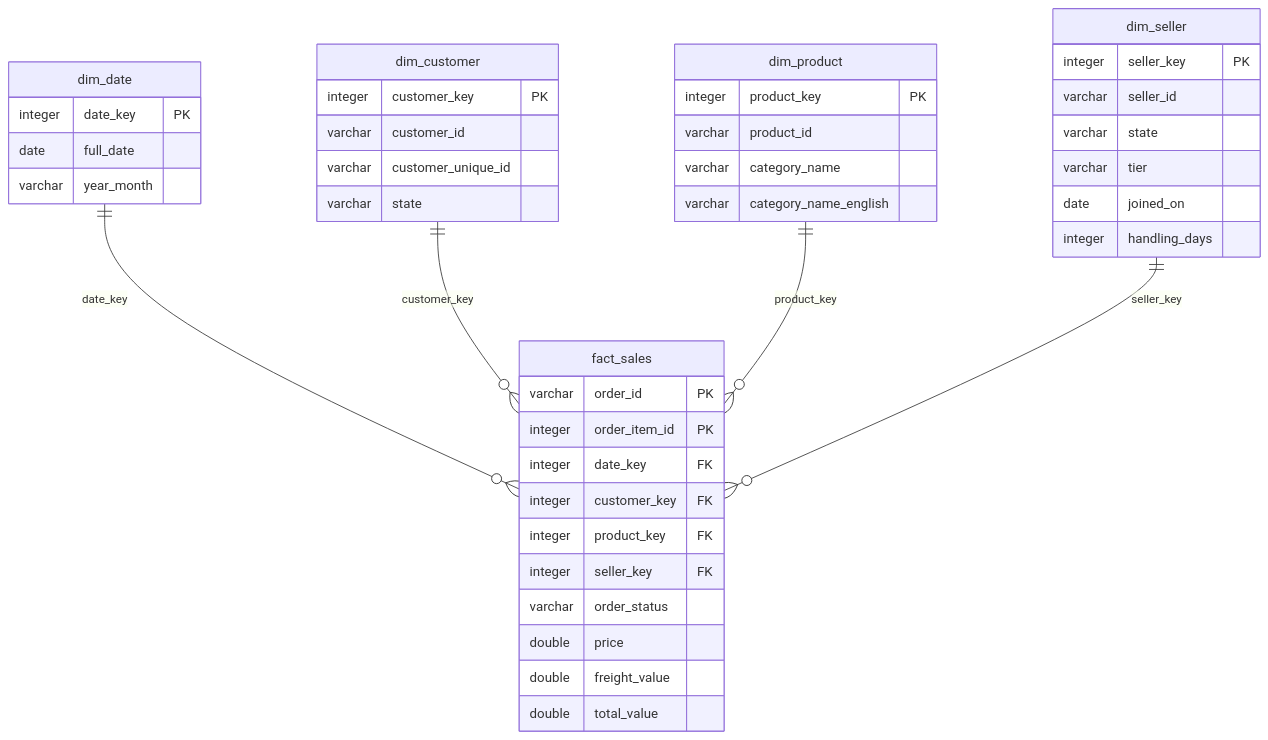
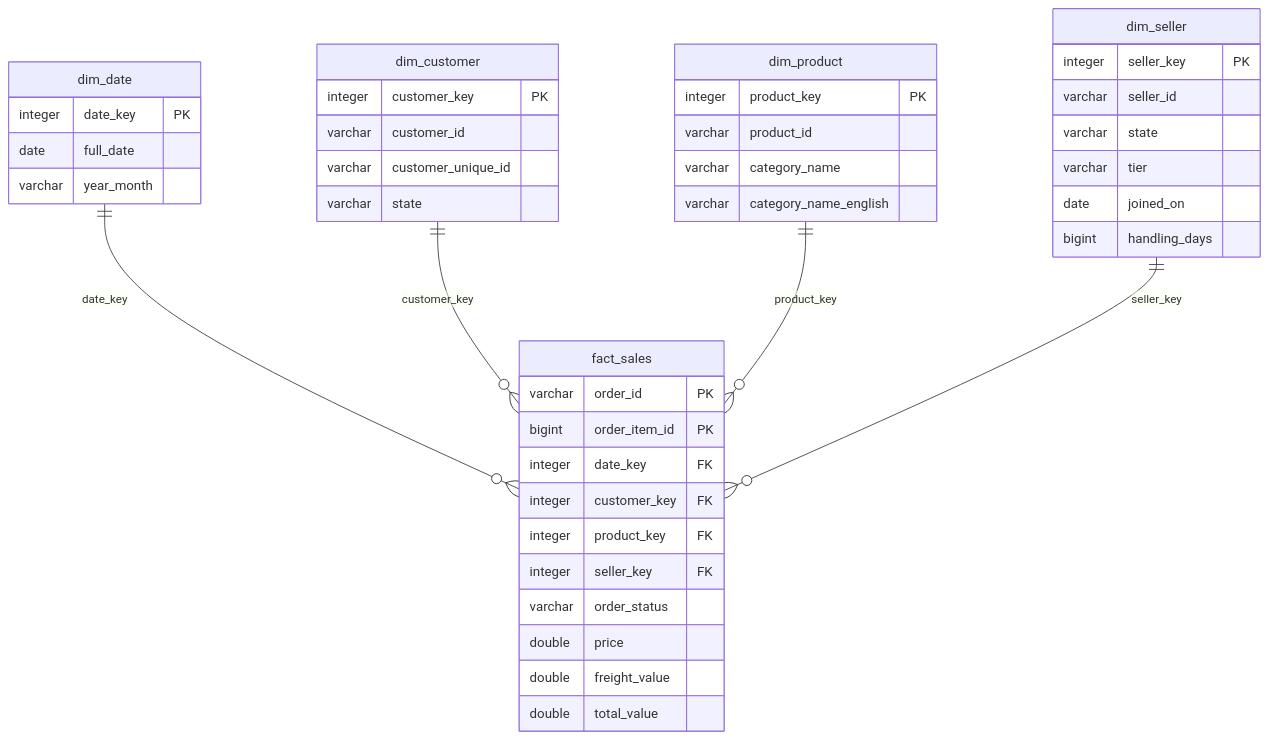
One commit to HenriqueBelloli/UPB_ED changed the diagram in README.md. Above: the diagram before and after it, drawn with Mermaid. The commit also changed other lines of this file and 3 other files, not shown here.

First line of the commit message:
feat: implementa o star schema no build_model.sql

````diff
--- a/README.md
+++ b/README.md
@@ -189,45 +197,45 @@
 ```mermaid
 erDiagram
     dim_date     ||--o{ fact_sales : "date_key"
     dim_customer ||--o{ fact_sales : "customer_key"
     dim_product  ||--o{ fact_sales : "product_key"
     dim_seller   ||--o{ fact_sales : "seller_key"
 
     fact_sales {
         varchar order_id PK
-        integer order_item_id PK
+        bigint order_item_id PK
         integer date_key FK
         integer customer_key FK
         integer product_key FK
         integer seller_key FK
         varchar order_status
         double price
         double freight_value
         double total_value
     }
     dim_date {
         integer date_key PK
         date full_date
         varchar year_month
     }
     dim_customer {
         integer customer_key PK
         varchar customer_id
         varchar customer_unique_id
         varchar state
     }
     dim_product {
         integer product_key PK
         varchar product_id
         varchar category_name
         varchar category_name_english
     }
     dim_seller {
         integer seller_key PK
         varchar seller_id
         varchar state
         varchar tier
         date joined_on
-        integer handling_days
+        bigint handling_days
     }
 ```
````
